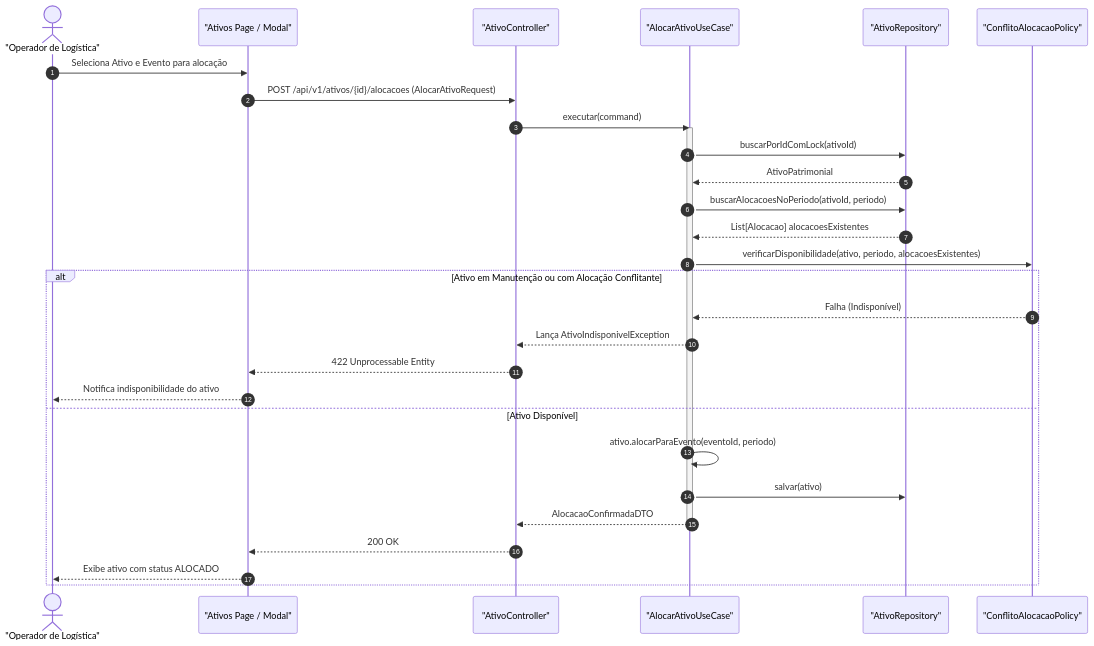
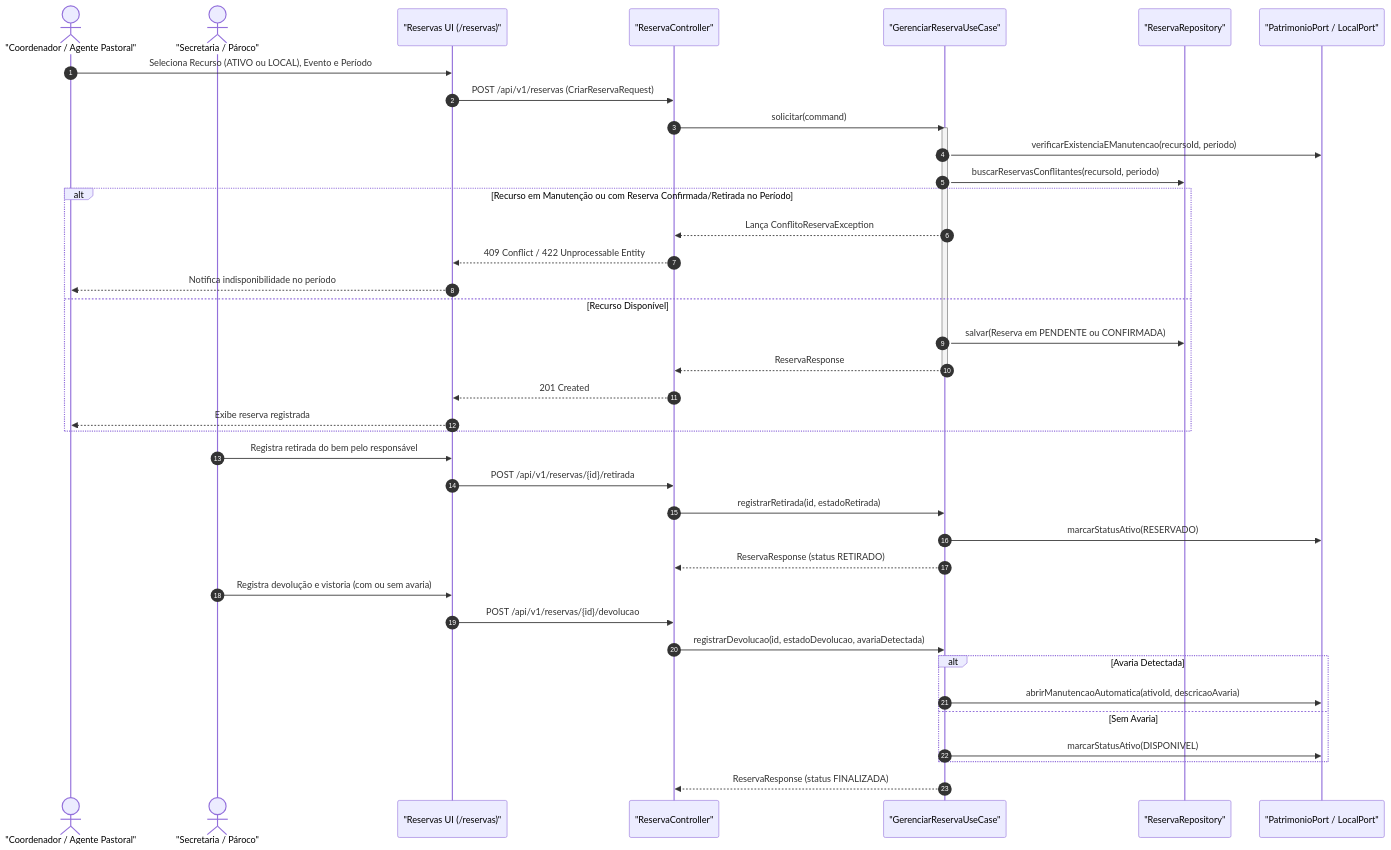
Before and after one commit to BrunoLV/paroquia: the second of 3 diagrams in docs/guide/fluxos-sequencia.md, drawn with Mermaid. The commit also changed other lines of this file and 29 other files, not shown here.

````diff
--- a/docs/guide/fluxos-sequencia.md
+++ b/docs/guide/fluxos-sequencia.md
@@ -72,37 +72,47 @@
 ```mermaid
 sequenceDiagram
     autonumber
-    actor Operador as "Operador de Logística"
-    participant UI as "Ativos Page / Modal"
-    participant Controller as "AtivoController"
-    participant UseCase as "AlocarAtivoUseCase"
-    participant AtivoRepo as "AtivoRepository"
-    participant ConflitoPolicy as "ConflitoAlocacaoPolicy"
+    actor Solicitante as "Coordenador / Agente Pastoral"
+    actor Operador as "Secretaria / Pároco"
+    participant UI as "Reservas UI (/reservas)"
+    participant Controller as "ReservaController"
+    participant UseCase as "GerenciarReservaUseCase"
+    participant ReservaRepo as "ReservaRepository"
+    participant AtivoPort as "PatrimonioPort / LocalPort"
 
-    Operador->>UI: Seleciona Ativo e Evento para alocação
-    UI->>Controller: POST /api/v1/ativos/{id}/alocacoes (AlocarAtivoRequest)
-    Controller->>UseCase: executar(command)
+    Solicitante->>UI: Seleciona Recurso (ATIVO ou LOCAL), Evento e Período
+    UI->>Controller: POST /api/v1/reservas (CriarReservaRequest)
+    Controller->>UseCase: solicitar(command)
 
     activate UseCase
-    UseCase->>AtivoRepo: buscarPorIdComLock(ativoId)
-    AtivoRepo-->>UseCase: AtivoPatrimonial
+    UseCase->>AtivoPort: verificarExistenciaEManutencao(recursoId, periodo)
+    UseCase->>ReservaRepo: buscarReservasConflitantes(recursoId, periodo)
+    
+    alt Recurso em Manutenção ou com Reserva Confirmada/Retirada no Período
+        UseCase-->>Controller: Lança ConflitoReservaException
+        Controller-->>UI: 409 Conflict / 422 Unprocessable Entity
+        UI-->>Solicitante: Notifica indisponibilidade no período
+    else Recurso Disponível
+        UseCase->>ReservaRepo: salvar(Reserva em PENDENTE ou CONFIRMADA)
+        UseCase-->>Controller: ReservaResponse
+        deactivate UseCase
+        Controller-->>UI: 201 Created
+        UI-->>Solicitante: Exibe reserva registrada
+    end
 
-    UseCase->>AtivoRepo: buscarAlocacoesNoPeriodo(ativoId, periodo)
-    AtivoRepo-->>UseCase: List[Alocacao] alocacoesExistentes
+    Operador->>UI: Registra retirada do bem pelo responsável
+    UI->>Controller: POST /api/v1/reservas/{id}/retirada
+    Controller->>UseCase: registrarRetirada(id, estadoRetirada)
+    UseCase->>AtivoPort: marcarStatusAtivo(RESERVADO)
+    UseCase-->>Controller: ReservaResponse (status RETIRADO)
 
-    UseCase->>ConflitoPolicy: verificarDisponibilidade(ativo, periodo, alocacoesExistentes)
-    
-    alt Ativo em Manutenção ou com Alocação Conflitante
-        ConflitoPolicy-->>UseCase: Falha (Indisponível)
-        UseCase-->>Controller: Lança AtivoIndisponivelException
-        Controller-->>UI: 422 Unprocessable Entity
-        UI-->>Operador: Notifica indisponibilidade do ativo
-    else Ativo Disponível
-        UseCase->>UseCase: ativo.alocarParaEvento(eventoId, periodo)
-        UseCase->>AtivoRepo: salvar(ativo)
-        UseCase-->>Controller: AlocacaoConfirmadaDTO
-        deactivate UseCase
-        Controller-->>UI: 200 OK
-        UI-->>Operador: Exibe ativo com status ALOCADO
+    Operador->>UI: Registra devolução e vistoria (com ou sem avaria)
+    UI->>Controller: POST /api/v1/reservas/{id}/devolucao
+    Controller->>UseCase: registrarDevolucao(id, estadoDevolucao, avariaDetectada)
+    alt Avaria Detectada
+        UseCase->>AtivoPort: abrirManutencaoAutomatica(ativoId, descricaoAvaria)
+    else Sem Avaria
+        UseCase->>AtivoPort: marcarStatusAtivo(DISPONIVEL)
     end
+    UseCase-->>Controller: ReservaResponse (status FINALIZADA)
 ```
````
